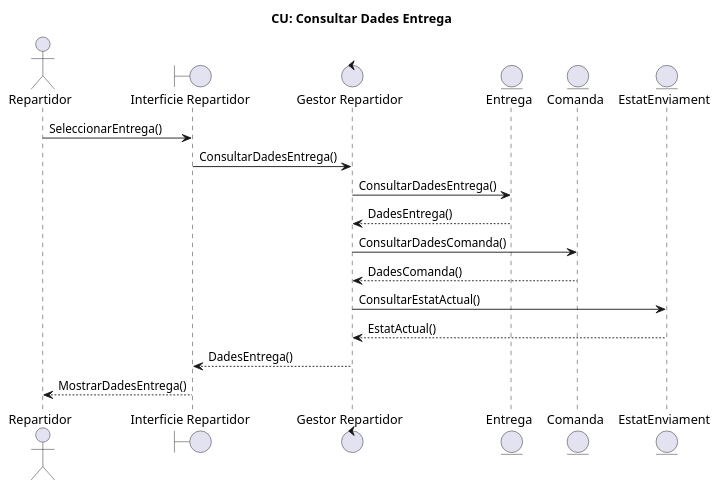
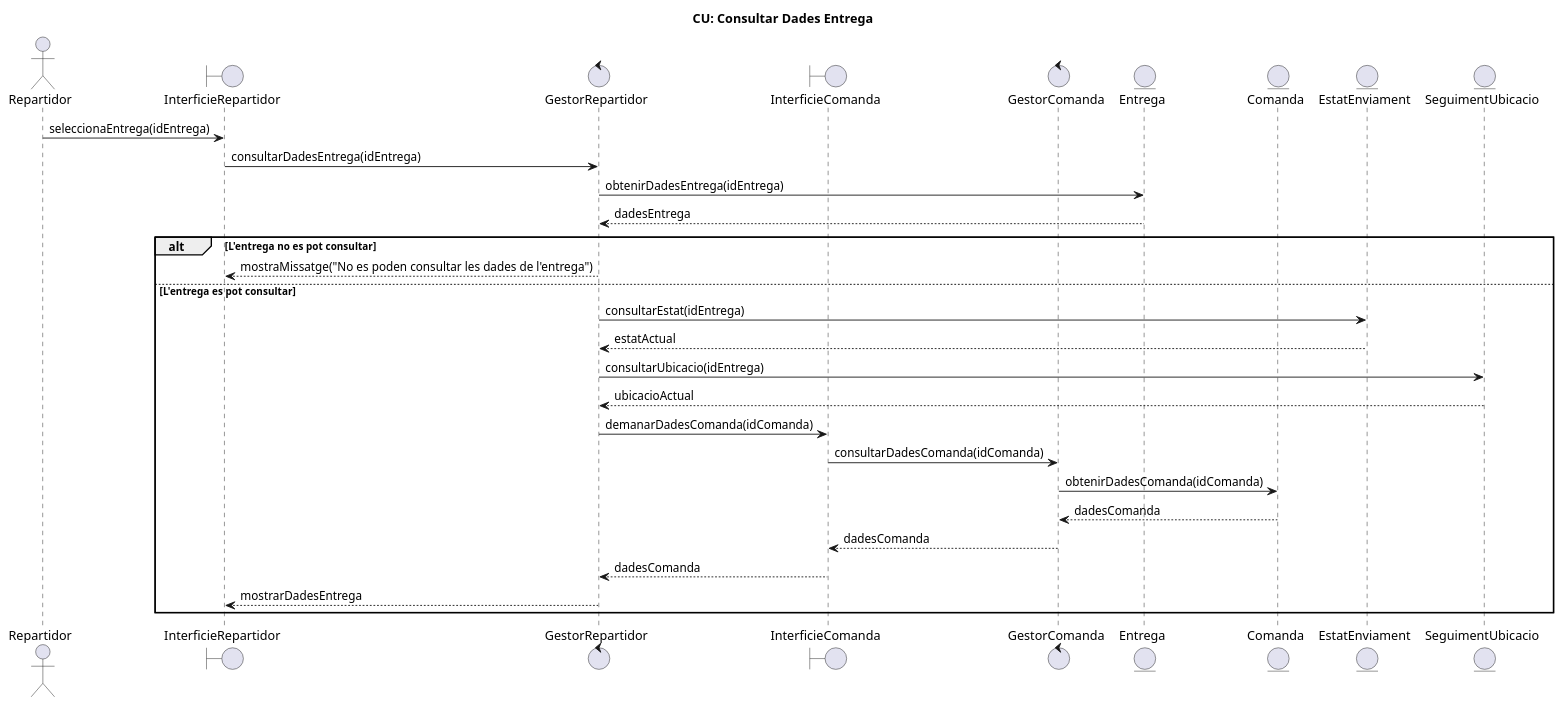
The diagram in others/sprint4/plantuml/repartidor_ConsultarDadesEntrega.puml (AndresVT24/ES23UAB-411-5), drawn with PlantUML before and after one commit. The commit also changed 13 other files, not shown here.

Commit message:
diagramas

```diff
--- a/others/sprint4/plantuml/repartidor_ConsultarDadesEntrega.puml
+++ b/others/sprint4/plantuml/repartidor_ConsultarDadesEntrega.puml
@@ -1,27 +1,43 @@
 @startuml
 title CU: Consultar Dades Entrega
 
 actor Repartidor
 
-boundary "Interficie Repartidor" as Interficie
-control "Gestor Repartidor" as Gestor
-entity "Entrega" as Entrega
-entity "Comanda" as Comanda
-entity "EstatEnviament" as EstatEnviament
+boundary InterficieRepartidor
+control GestorRepartidor
 
-Repartidor -> Interficie : SeleccionarEntrega()
-Interficie -> Gestor : ConsultarDadesEntrega()
+boundary InterficieComanda
+control GestorComanda
 
-Gestor -> Entrega : ConsultarDadesEntrega()
-Entrega --> Gestor : DadesEntrega()
+entity Entrega
+entity Comanda
+entity EstatEnviament
+entity SeguimentUbicacio
 
-Gestor -> Comanda : ConsultarDadesComanda()
-Comanda --> Gestor : DadesComanda()
+Repartidor -> InterficieRepartidor : seleccionaEntrega(idEntrega)
+InterficieRepartidor -> GestorRepartidor : consultarDadesEntrega(idEntrega)
 
-Gestor -> EstatEnviament : ConsultarEstatActual()
-EstatEnviament --> Gestor : EstatActual()
+GestorRepartidor -> Entrega : obtenirDadesEntrega(idEntrega)
+Entrega --> GestorRepartidor : dadesEntrega
 
-Gestor --> Interficie : DadesEntrega()
-Interficie --> Repartidor : MostrarDadesEntrega()
+alt L'entrega no es pot consultar
+    GestorRepartidor --> InterficieRepartidor : mostraMissatge("No es poden consultar les dades de l'entrega")
+
+else L'entrega es pot consultar
+    GestorRepartidor -> EstatEnviament : consultarEstat(idEntrega)
+    EstatEnviament --> GestorRepartidor : estatActual
+
+    GestorRepartidor -> SeguimentUbicacio : consultarUbicacio(idEntrega)
+    SeguimentUbicacio --> GestorRepartidor : ubicacioActual
+
+    GestorRepartidor -> InterficieComanda : demanarDadesComanda(idComanda)
+    InterficieComanda -> GestorComanda : consultarDadesComanda(idComanda)
+    GestorComanda -> Comanda : obtenirDadesComanda(idComanda)
+    Comanda --> GestorComanda : dadesComanda
+    GestorComanda --> InterficieComanda : dadesComanda
+    InterficieComanda --> GestorRepartidor : dadesComanda
+
+    GestorRepartidor --> InterficieRepartidor : mostrarDadesEntrega
+end
 
 @enduml
```
